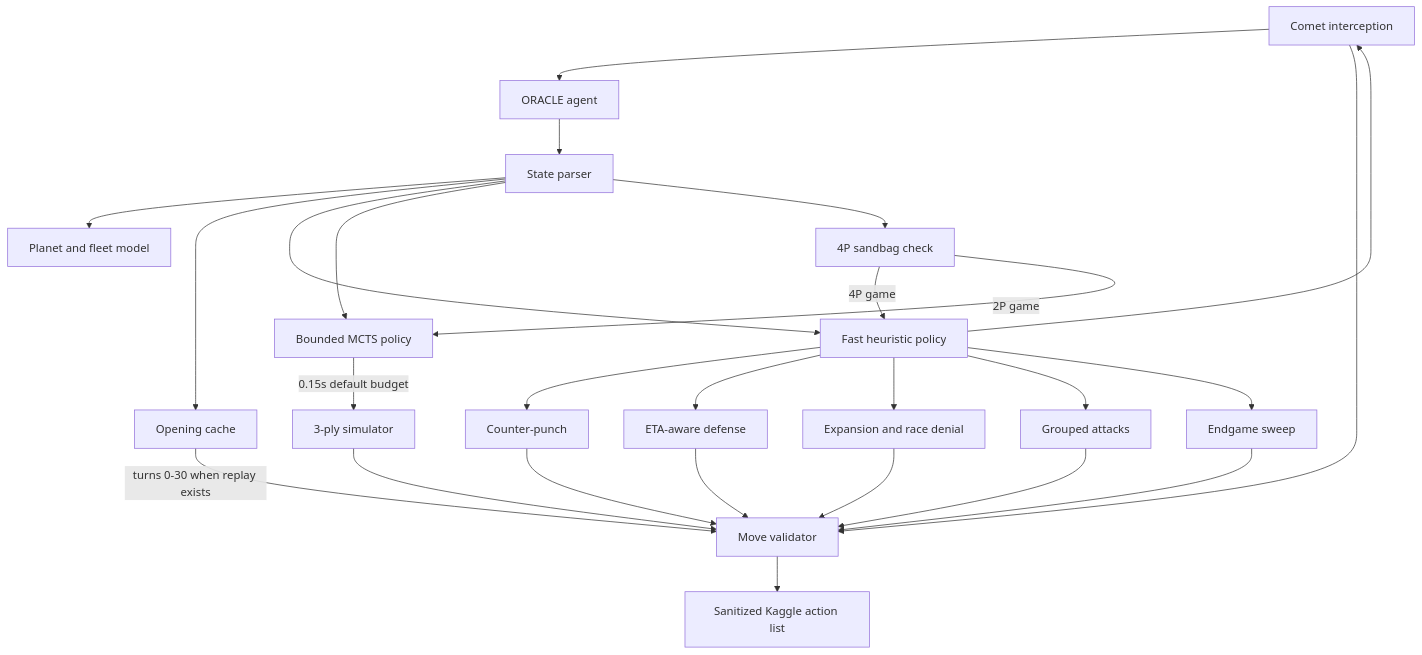
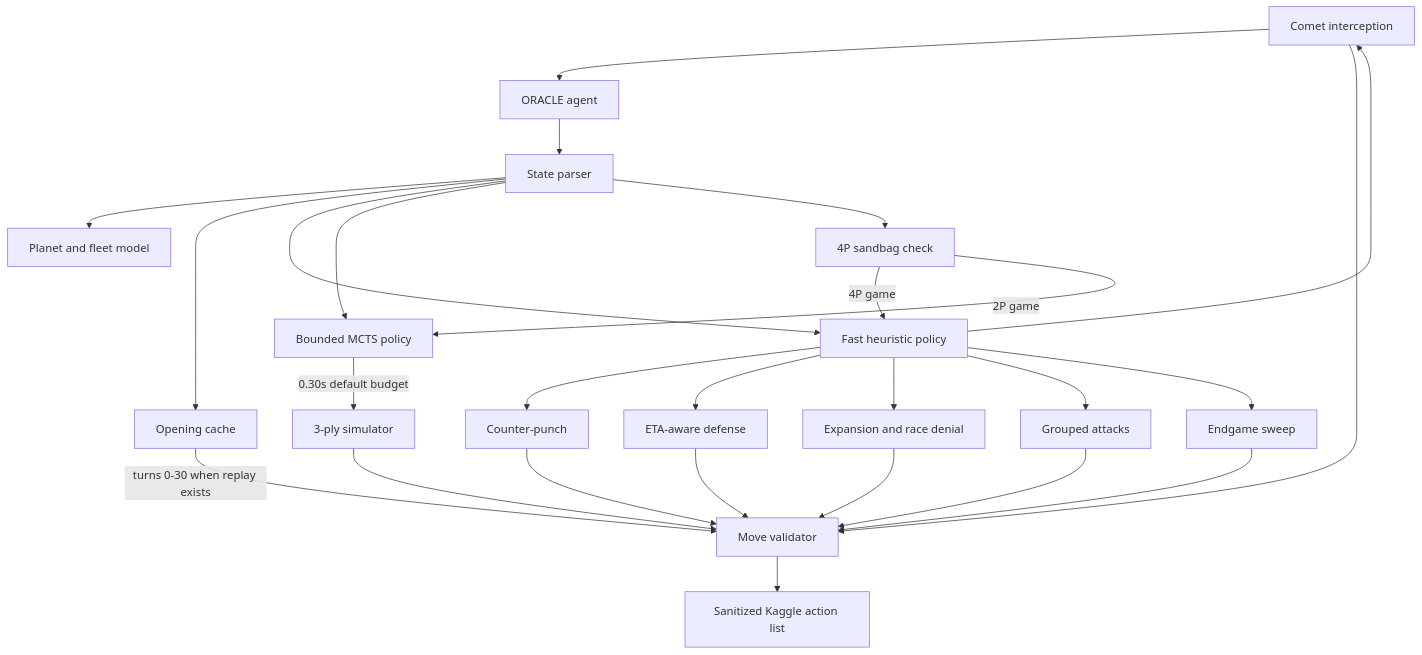
The first of 2 diagrams in oracle-orbit-wars/README.md (VampFay/ORACLE-Orbit-Wars-Kaggle_Hackathon), drawn with Mermaid before and after one commit. The commit also changed other lines of this file and 4 other files, not shown here.

````diff
--- a/oracle-orbit-wars/README.md
+++ b/oracle-orbit-wars/README.md
@@ -19,30 +19,30 @@
 ```mermaid
 flowchart TB
     K[Kaggle observation] --> A[ORACLE agent]
     A --> S[State parser]
     S --> P[Planet and fleet model]
     S --> O[Opening cache]
     S --> H[Fast heuristic policy]
     S --> X[Bounded MCTS policy]
     S --> F[4P sandbag check]
 
     O -->|turns 0-30 when replay exists| V[Move validator]
     F -->|4P game| H
     F -->|2P game| X
     H --> C[Counter-punch]
     H --> D[ETA-aware defense]
     H --> K[Comet interception]
     H --> E[Expansion and race denial]
     H --> G[Grouped attacks]
     H --> L[Endgame sweep]
-    X -->|0.15s default budget| M[3-ply simulator]
+    X -->|0.30s default budget| M[3-ply simulator]
 
     C --> V
     D --> V
     K --> V
     E --> V
     G --> V
     L --> V
     M --> V
     V --> R[Sanitized Kaggle action list]
 ```
````
